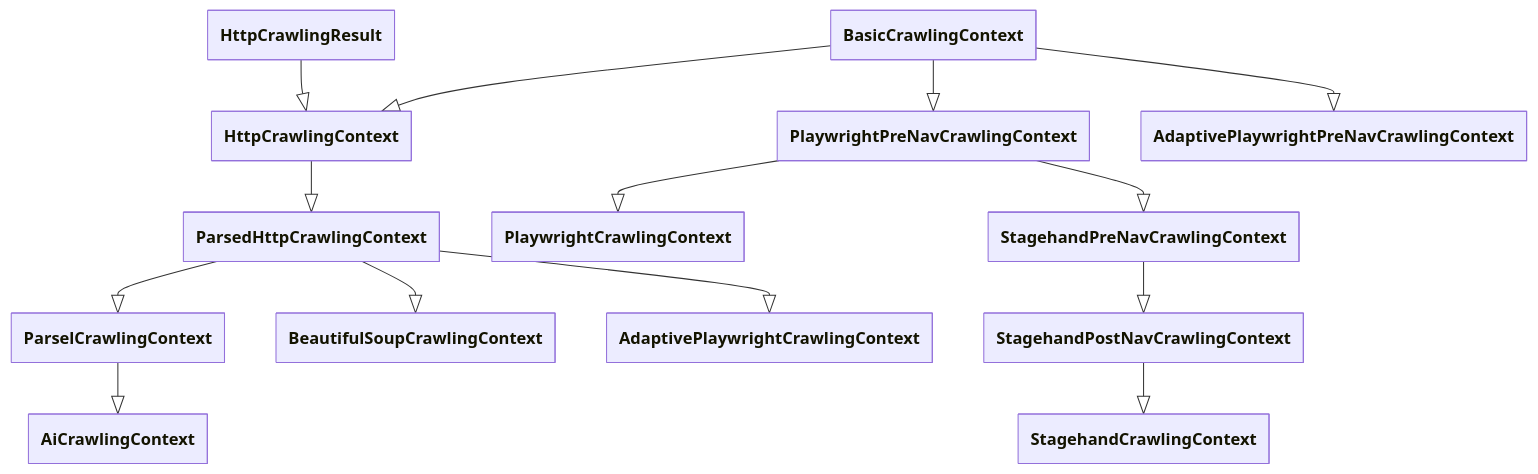
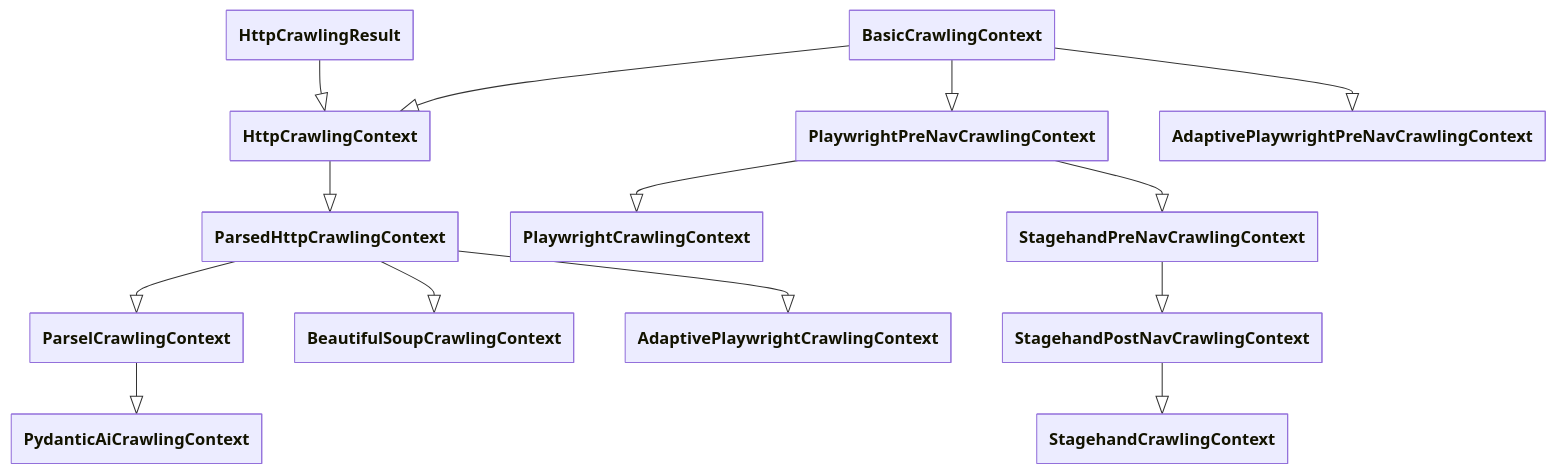
Before and after one commit to apify/crawlee-python: the second of 5 diagrams in docs/guides/architecture_overview.mdx, drawn with Mermaid. The commit also changed other lines of this file and 28 other files, not shown here.

````diff
--- a/docs/guides/architecture_overview.mdx
+++ b/docs/guides/architecture_overview.mdx
@@ -102,71 +102,71 @@
 ```mermaid
 ---
 config:
     class:
         hideEmptyMembersBox: true
 ---
 
 classDiagram
 
 %% ========================
 %% Classes
 %% ========================
 
 class BasicCrawlingContext
 
 class HttpCrawlingContext
 
 class HttpCrawlingResult
 
 class ParsedHttpCrawlingContext
 
 class ParselCrawlingContext
 
 class BeautifulSoupCrawlingContext
 
-class AiCrawlingContext
+class PydanticAiCrawlingContext
 
 class PlaywrightPreNavCrawlingContext
 
 class PlaywrightCrawlingContext
 
 class AdaptivePlaywrightPreNavCrawlingContext
 
 class AdaptivePlaywrightCrawlingContext
 
 class StagehandPreNavCrawlingContext
 
 class StagehandPostNavCrawlingContext
 
 class StagehandCrawlingContext
 
 %% ========================
 %% Inheritance arrows
 %% ========================
 
 BasicCrawlingContext --|> HttpCrawlingContext
 
 HttpCrawlingResult --|> HttpCrawlingContext
 
 HttpCrawlingContext --|> ParsedHttpCrawlingContext
 
 ParsedHttpCrawlingContext --|> ParselCrawlingContext
 
 ParsedHttpCrawlingContext --|> BeautifulSoupCrawlingContext
 
-ParselCrawlingContext --|> AiCrawlingContext
+ParselCrawlingContext --|> PydanticAiCrawlingContext
 
 BasicCrawlingContext --|> PlaywrightPreNavCrawlingContext
 
 PlaywrightPreNavCrawlingContext --|> PlaywrightCrawlingContext
 
 BasicCrawlingContext --|> AdaptivePlaywrightPreNavCrawlingContext
 
 ParsedHttpCrawlingContext --|> AdaptivePlaywrightCrawlingContext
 
 PlaywrightPreNavCrawlingContext --|> StagehandPreNavCrawlingContext
 
 StagehandPreNavCrawlingContext --|> StagehandPostNavCrawlingContext
 
 StagehandPostNavCrawlingContext --|> StagehandCrawlingContext
 ```
````
